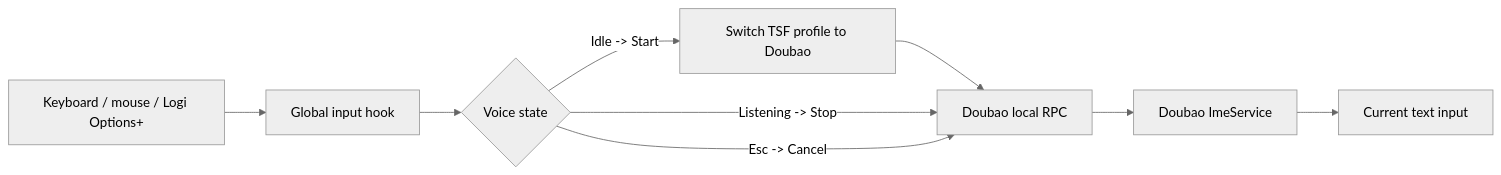
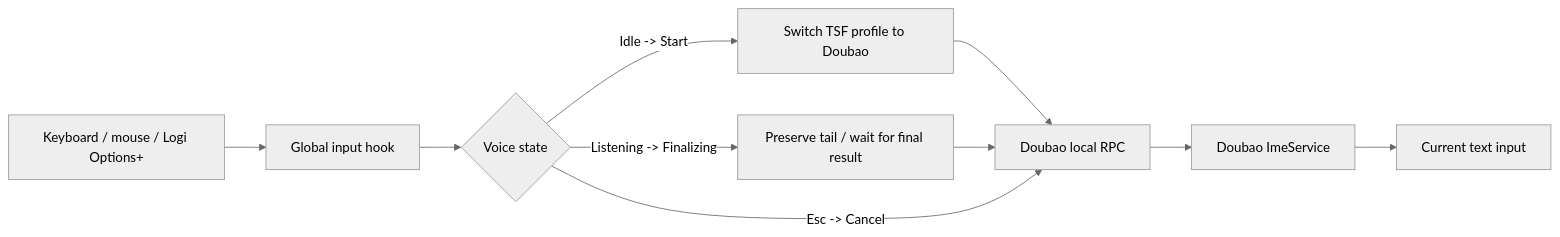
Before and after one commit to homura144/DoubaoVoiceHotkey: the diagram in README.en.md, drawn with Mermaid (neutral theme). The commit also changed other lines of this file, not shown here.

Commit message:
docs: describe finalizing tail-loss guard

````diff
--- a/README.en.md
+++ b/README.en.md
@@ -36,11 +36,12 @@
 ```mermaid
 flowchart LR
     A[Keyboard / mouse / Logi Options+] --> B[Global input hook]
     B --> C{Voice state}
     C -->|Idle -> Start| D[Switch TSF profile to Doubao]
     D --> E[Doubao local RPC]
-    C -->|Listening -> Stop| E
+    C -->|Listening -> Finalizing| H[Preserve tail / wait for final result]
+    H --> E
     C -->|Esc -> Cancel| E
     E --> F[Doubao ImeService]
     F --> G[Current text input]
 ```
````
